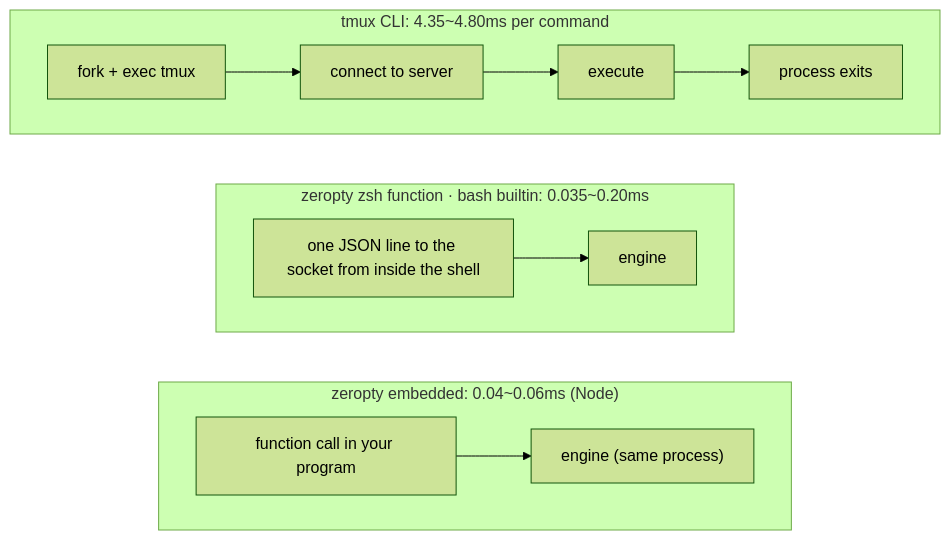
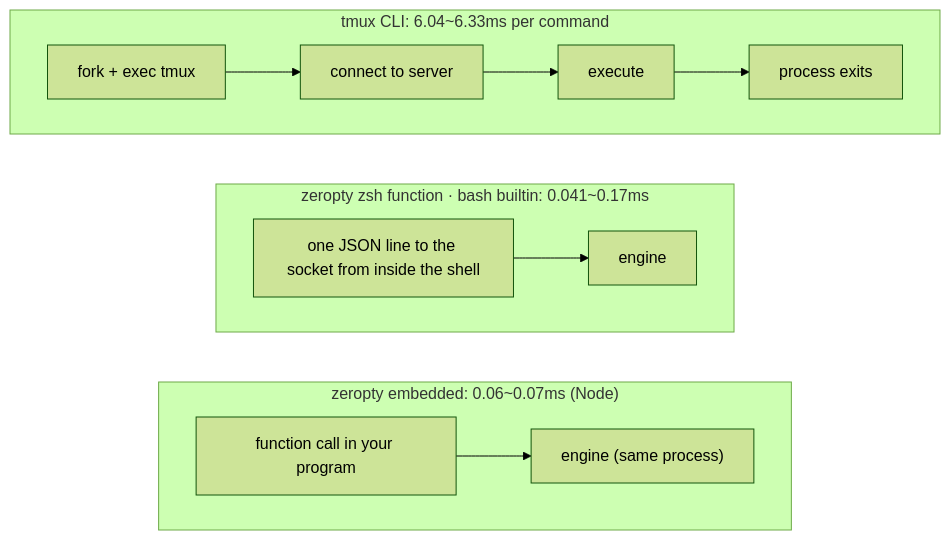
One commit to CreatiCoding/zeropty changed the fifth of 5 diagrams in docs/DESIGN.md. Above: the diagram before and after it, drawn with Mermaid (forest theme). The commit also changed other lines of this file and 35 other files, not shown here.

````diff
--- a/docs/DESIGN.md
+++ b/docs/DESIGN.md
@@ -162,16 +162,16 @@
 ```mermaid
 flowchart TB
-  subgraph tmux["tmux CLI: 4.35~4.80ms per command"]
+  subgraph tmux["tmux CLI: 6.04~6.33ms per command"]
     direction LR
     t1["fork + exec tmux"] --> t2["connect to server"] --> t3["execute"] --> t4["process exits"]
   end
-  subgraph zsh["zeropty zsh function · bash builtin: 0.035~0.20ms"]
+  subgraph zsh["zeropty zsh function · bash builtin: 0.041~0.17ms"]
     direction LR
     z1["one JSON line to the socket from inside the shell"] --> z2["engine"]
   end
-  subgraph emb["zeropty embedded: 0.04~0.06ms (Node)"]
+  subgraph emb["zeropty embedded: 0.06~0.07ms (Node)"]
     direction LR
     e1["function call in your program"] --> e2["engine (same process)"]
   end
   tmux ~~~ zsh ~~~ emb
 ```
````
